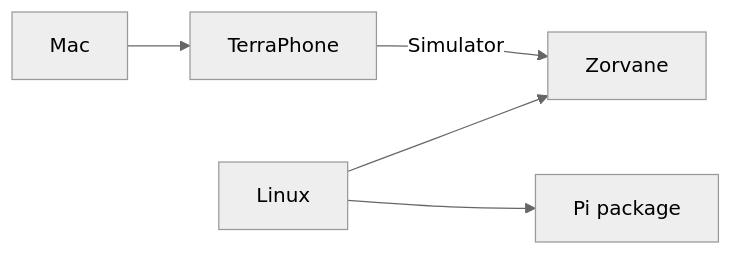
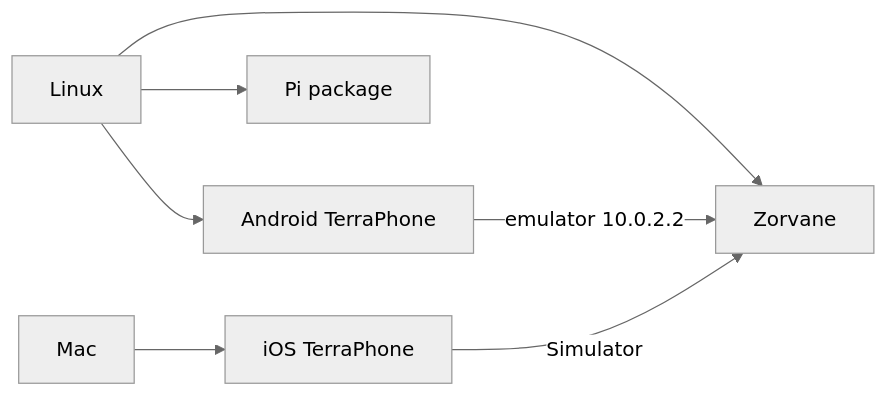
Before and after one commit to Super-Yojan/Terra: the diagram in docs/DEVELOP-WITHOUT-MAC.md, drawn with Mermaid (neutral theme). The commit also changed other lines of this file and 39 other files, not shown here.

First line of the commit message:
Add an Android TerraPhone shell over terra-mobile.

````diff
--- a/docs/DEVELOP-WITHOUT-MAC.md
+++ b/docs/DEVELOP-WITHOUT-MAC.md
@@ -12,7 +13,9 @@
 ```mermaid
 flowchart LR
   Linux[Linux] --> Z[Zorvane]
   Linux --> Pi[Pi package]
-  Mac[Mac] --> Phone[TerraPhone]
+  Mac[Mac] --> Phone[iOS TerraPhone]
+  Linux --> Android[Android TerraPhone]
   Phone -->|Simulator| Z
+  Android -->|"emulator 10.0.2.2"| Z
 ```
````
